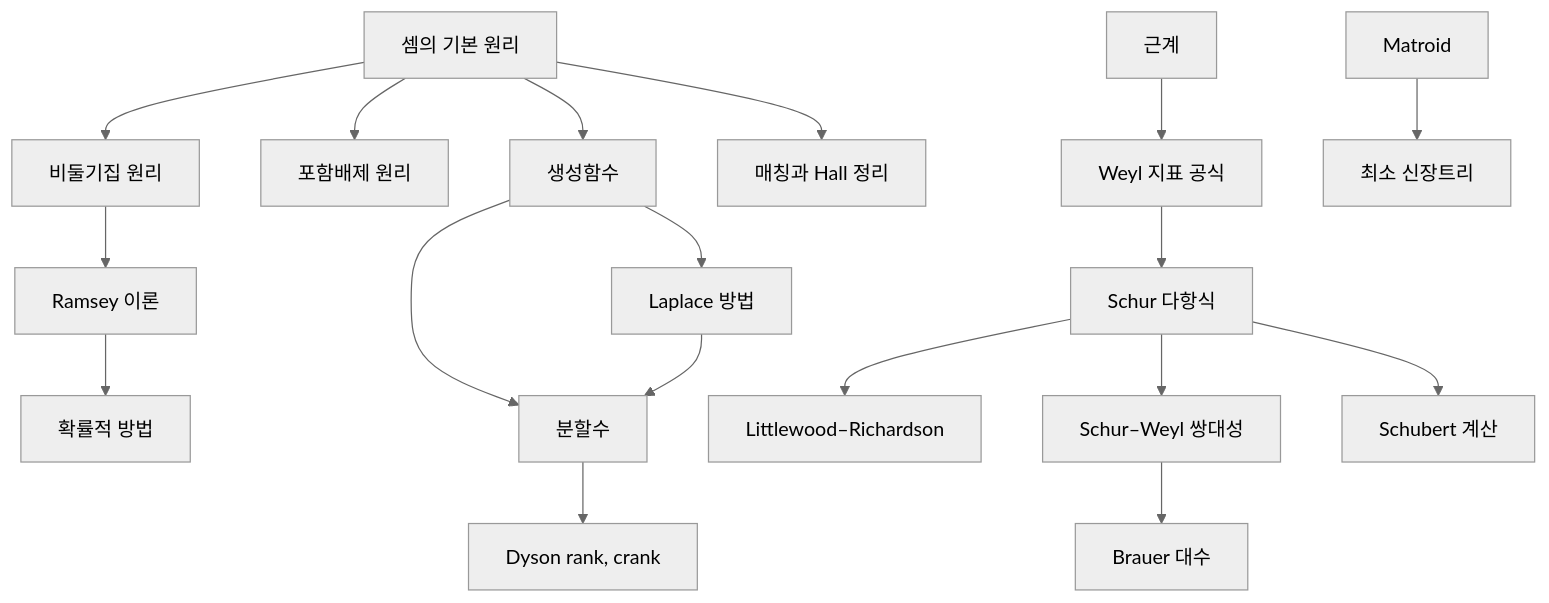
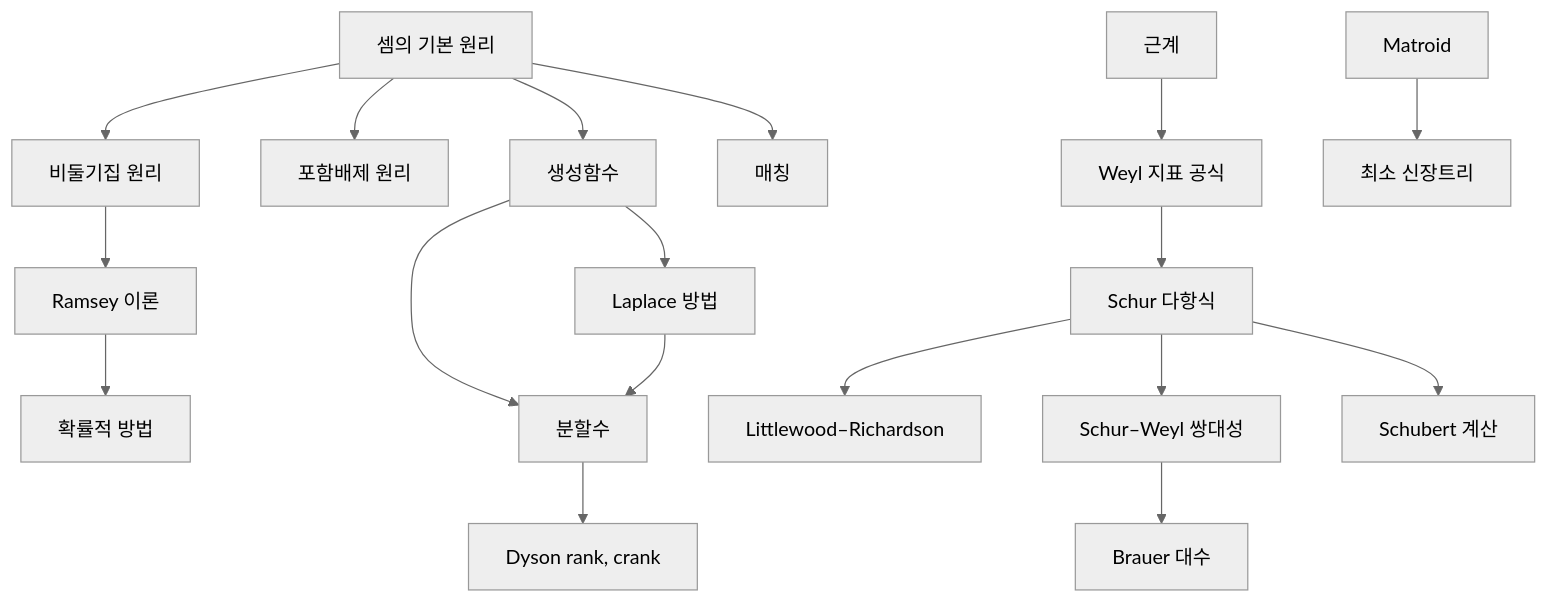
One commit to Phryxia/math-map changed the diagram in docs/combinatorics-overview.md. Above: the diagram before and after it, drawn with Mermaid (neutral theme). The commit also changed other lines of this file and 23 other files, not shown here.

````diff
--- a/docs/combinatorics-overview.md
+++ b/docs/combinatorics-overview.md
@@ -11,13 +11,13 @@
 ```mermaid
 graph TD
   CP["셈의 기본 원리"] --> PH["비둘기집 원리"] --> RM["Ramsey 이론"] --> PM["확률적 방법"]
   CP --> IE["포함배제 원리"]
   CP --> GF["생성함수"] --> PT["분할수"] --> DR["Dyson rank, crank"]
-  CP --> MT["매칭과 Hall 정리"]
+  CP --> MT["매칭"]
   GF --> LM["Laplace 방법"] --> PT
   RS["근계"] --> WC["Weyl 지표 공식"] --> SP["Schur 다항식"]
   SP --> LR["Littlewood–Richardson"]
   SP --> SW["Schur–Weyl 쌍대성"] --> BA["Brauer 대수"]
   SP --> SC["Schubert 계산"]
   MD["Matroid"] --> MST["최소 신장트리"]
 ```
````
